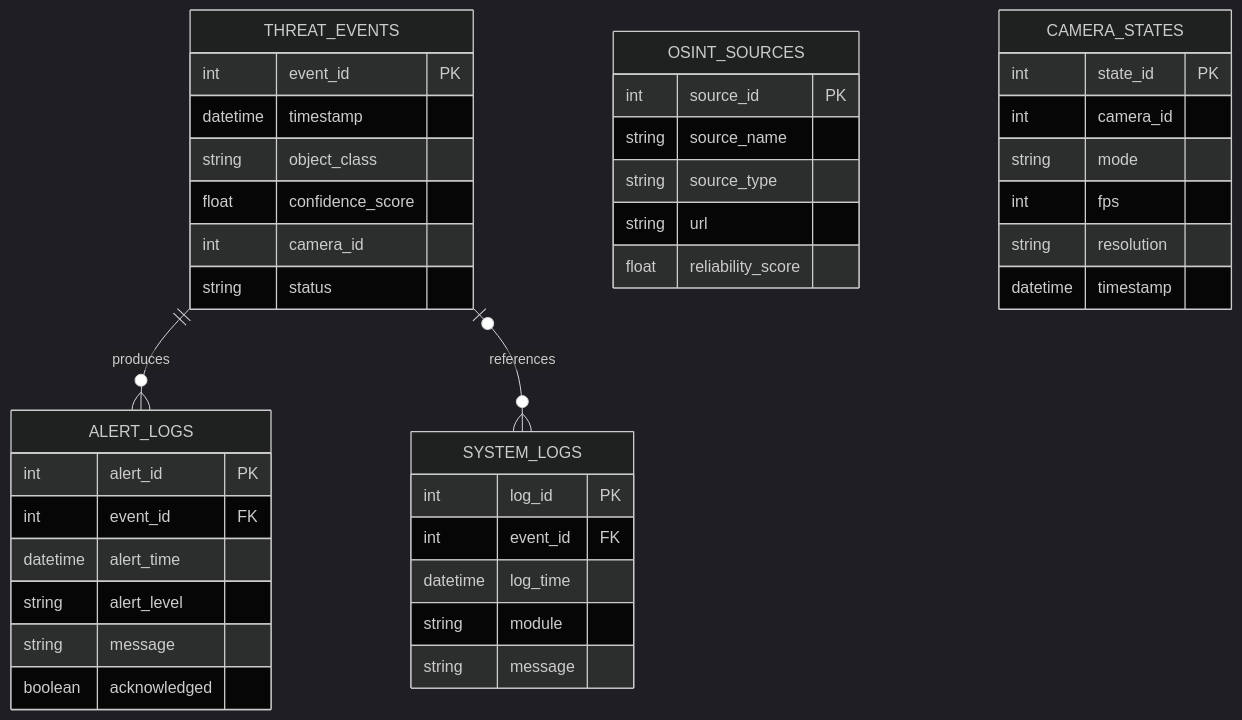
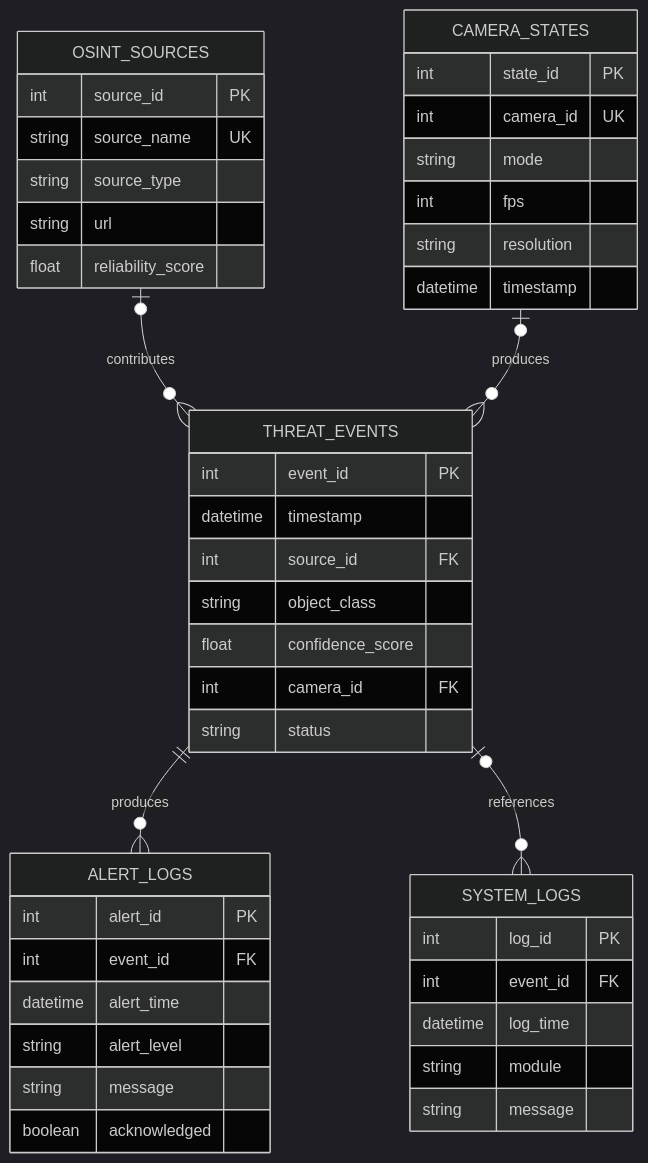
Before and after one commit to aimanahmed495-max/ProjectHeimdall: the diagram in backend/DATABASE_DESIGN.md, drawn with Mermaid (dark theme). The commit also changed other lines of this file and 16 other files, not shown here.

Commit message:
feat: normalize threat origins and authenticate OSINT

````diff
--- a/backend/DATABASE_DESIGN.md
+++ b/backend/DATABASE_DESIGN.md
@@ -11,48 +11,51 @@
 ```mermaid
 erDiagram
+    OSINT_SOURCES o|--o{ THREAT_EVENTS : contributes
+    CAMERA_STATES o|--o{ THREAT_EVENTS : produces
     THREAT_EVENTS ||--o{ ALERT_LOGS : produces
     THREAT_EVENTS o|--o{ SYSTEM_LOGS : references
+
+    OSINT_SOURCES {
+        int source_id PK
+        string source_name UK
+        string source_type
+        string url
+        float reliability_score
+    }
+
+    CAMERA_STATES {
+        int state_id PK
+        int camera_id UK
+        string mode
+        int fps
+        string resolution
+        datetime timestamp
+    }
 
     THREAT_EVENTS {
         int event_id PK
         datetime timestamp
+        int source_id FK
         string object_class
         float confidence_score
-        int camera_id
+        int camera_id FK
         string status
     }
 
     ALERT_LOGS {
         int alert_id PK
         int event_id FK
         datetime alert_time
         string alert_level
         string message
         boolean acknowledged
     }
 
-    OSINT_SOURCES {
-        int source_id PK
-        string source_name
-        string source_type
-        string url
-        float reliability_score
-    }
-
-    CAMERA_STATES {
-        int state_id PK
-        int camera_id
-        string mode
-        int fps
-        string resolution
-        datetime timestamp
-    }
-
     SYSTEM_LOGS {
         int log_id PK
         int event_id FK
         datetime log_time
         string module
         string message
     }
 ```
````
